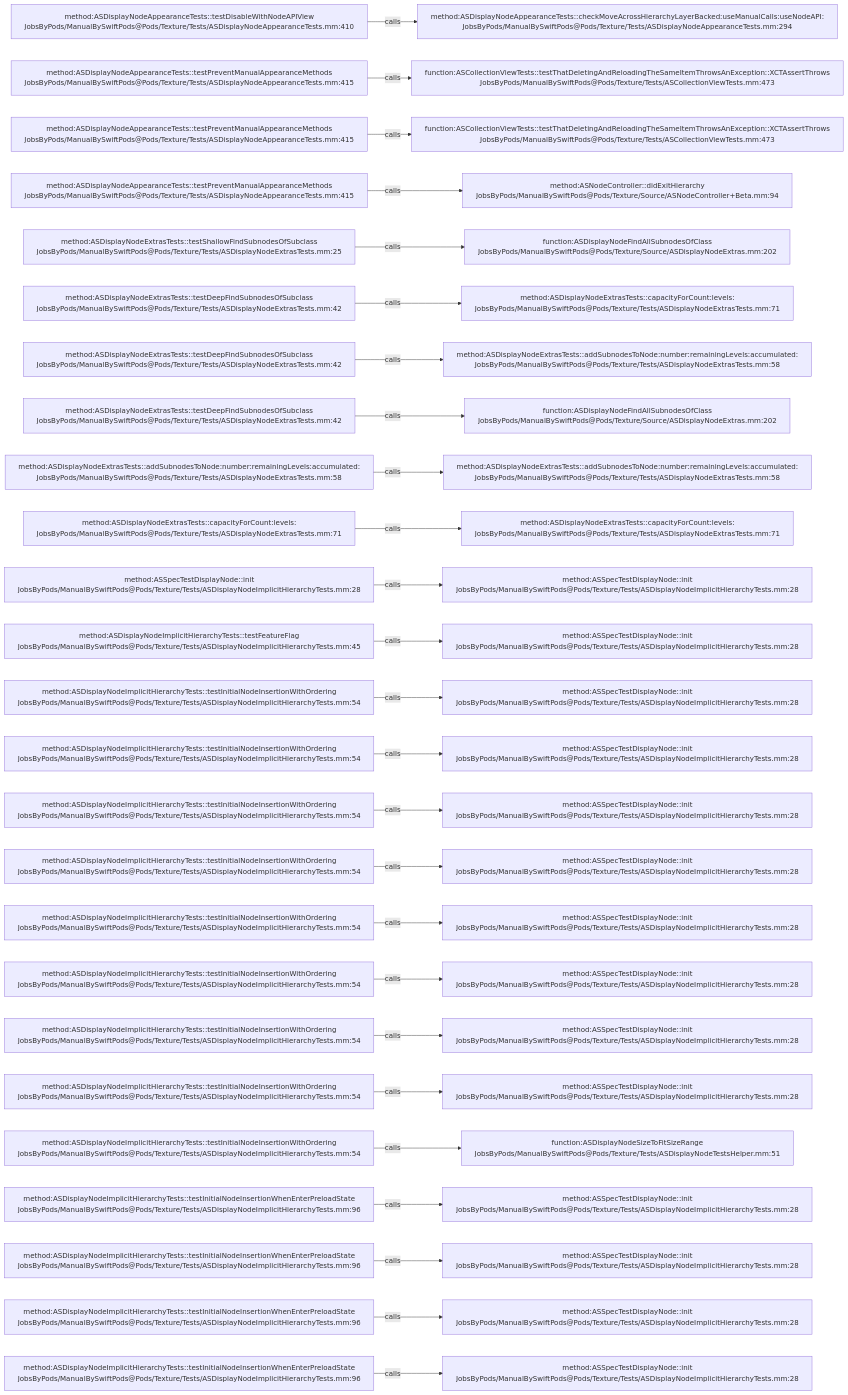
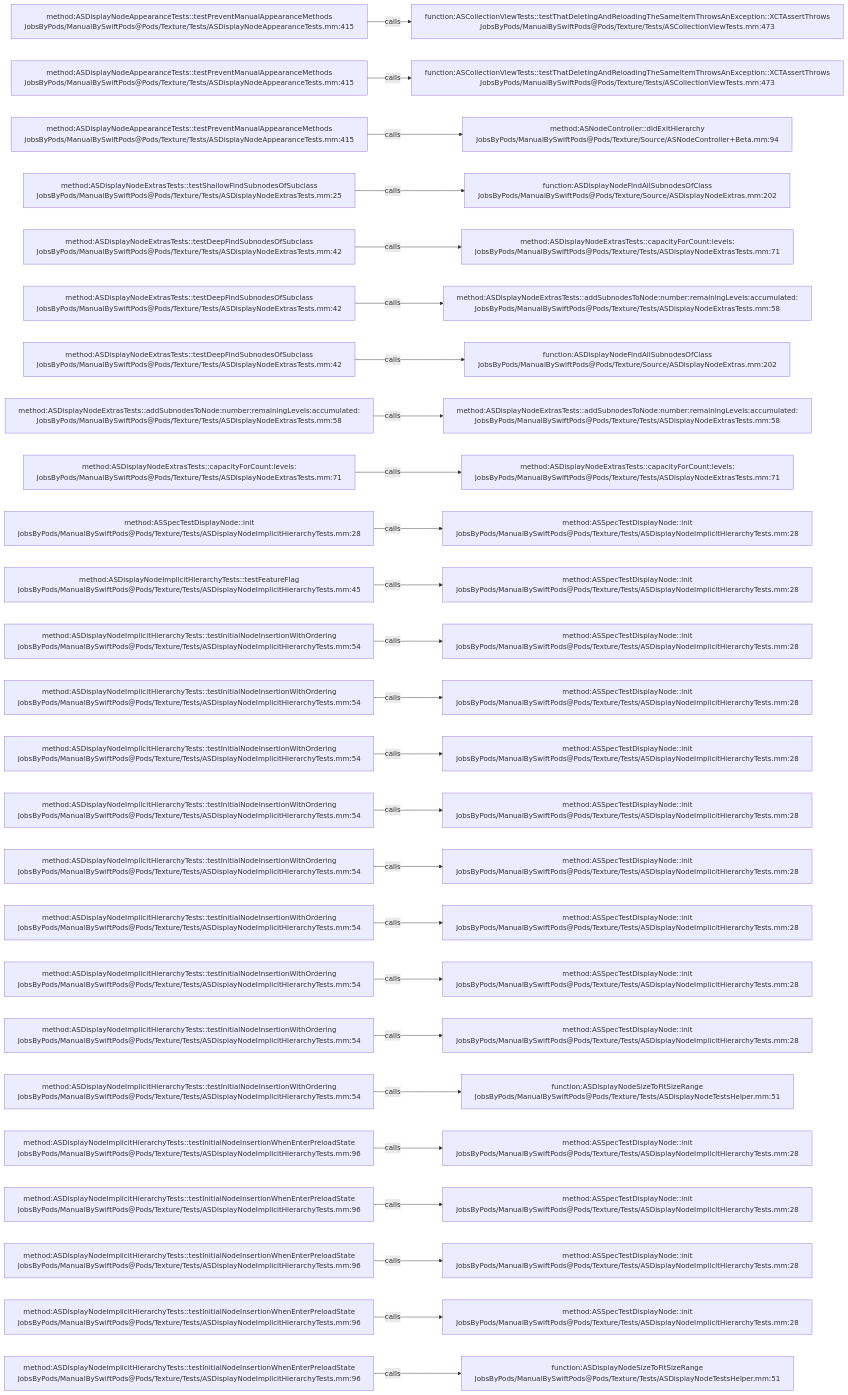
One commit to JobsKits/JobsSwiftBaseConfigDemo changed the diagram in .codegraph/codegraph.md/graphs/calls-183.md. Above: the diagram before and after it, drawn with Mermaid. The commit also changed 747 other files, not shown here.

````diff
--- a/.codegraph/codegraph.md/graphs/calls-183.md
+++ b/.codegraph/codegraph.md/graphs/calls-183.md
@@ -13,78 +13,78 @@
 ```mermaid
 flowchart LR
-  S1["method:ASDisplayNodeAppearanceTests::testDisableWithNodeAPIView<br/>JobsByPods/ManualBySwiftPods@Pods/Texture/Tests/ASDisplayNodeAppearanceTests.mm:410"]
-  T1["method:ASDisplayNodeAppearanceTests::checkMoveAcrossHierarchyLayerBacked:useManualCalls:useNodeAPI:<br/>JobsByPods/ManualBySwiftPods@Pods/Texture/Tests/ASDisplayNodeAppearanceTests.mm:294"]
+  S1["method:ASDisplayNodeAppearanceTests::testPreventManualAppearanceMethods<br/>JobsByPods/ManualBySwiftPods@Pods/Texture/Tests/ASDisplayNodeAppearanceTests.mm:415"]
+  T1["function:ASCollectionViewTests::testThatDeletingAndReloadingTheSameItemThrowsAnException::XCTAssertThrows<br/>JobsByPods/ManualBySwiftPods@Pods/Texture/Tests/ASCollectionViewTests.mm:473"]
   S1 -->|calls| T1
   S2["method:ASDisplayNodeAppearanceTests::testPreventManualAppearanceMethods<br/>JobsByPods/ManualBySwiftPods@Pods/Texture/Tests/ASDisplayNodeAppearanceTests.mm:415"]
   T2["function:ASCollectionViewTests::testThatDeletingAndReloadingTheSameItemThrowsAnException::XCTAssertThrows<br/>JobsByPods/ManualBySwiftPods@Pods/Texture/Tests/ASCollectionViewTests.mm:473"]
   S2 -->|calls| T2
   S3["method:ASDisplayNodeAppearanceTests::testPreventManualAppearanceMethods<br/>JobsByPods/ManualBySwiftPods@Pods/Texture/Tests/ASDisplayNodeAppearanceTests.mm:415"]
-  T3["function:ASCollectionViewTests::testThatDeletingAndReloadingTheSameItemThrowsAnException::XCTAssertThrows<br/>JobsByPods/ManualBySwiftPods@Pods/Texture/Tests/ASCollectionViewTests.mm:473"]
+  T3["method:ASNodeController::didExitHierarchy<br/>JobsByPods/ManualBySwiftPods@Pods/Texture/Source/ASNodeController+Beta.mm:94"]
   S3 -->|calls| T3
-  S4["method:ASDisplayNodeAppearanceTests::testPreventManualAppearanceMethods<br/>JobsByPods/ManualBySwiftPods@Pods/Texture/Tests/ASDisplayNodeAppearanceTests.mm:415"]
-  T4["method:ASNodeController::didExitHierarchy<br/>JobsByPods/ManualBySwiftPods@Pods/Texture/Source/ASNodeController+Beta.mm:94"]
+  S4["method:ASDisplayNodeExtrasTests::testShallowFindSubnodesOfSubclass<br/>JobsByPods/ManualBySwiftPods@Pods/Texture/Tests/ASDisplayNodeExtrasTests.mm:25"]
+  T4["function:ASDisplayNodeFindAllSubnodesOfClass<br/>JobsByPods/ManualBySwiftPods@Pods/Texture/Source/ASDisplayNodeExtras.mm:202"]
   S4 -->|calls| T4
-  S5["method:ASDisplayNodeExtrasTests::testShallowFindSubnodesOfSubclass<br/>JobsByPods/ManualBySwiftPods@Pods/Texture/Tests/ASDisplayNodeExtrasTests.mm:25"]
-  T5["function:ASDisplayNodeFindAllSubnodesOfClass<br/>JobsByPods/ManualBySwiftPods@Pods/Texture/Source/ASDisplayNodeExtras.mm:202"]
+  S5["method:ASDisplayNodeExtrasTests::testDeepFindSubnodesOfSubclass<br/>JobsByPods/ManualBySwiftPods@Pods/Texture/Tests/ASDisplayNodeExtrasTests.mm:42"]
+  T5["method:ASDisplayNodeExtrasTests::capacityForCount:levels:<br/>JobsByPods/ManualBySwiftPods@Pods/Texture/Tests/ASDisplayNodeExtrasTests.mm:71"]
   S5 -->|calls| T5
   S6["method:ASDisplayNodeExtrasTests::testDeepFindSubnodesOfSubclass<br/>JobsByPods/ManualBySwiftPods@Pods/Texture/Tests/ASDisplayNodeExtrasTests.mm:42"]
-  T6["method:ASDisplayNodeExtrasTests::capacityForCount:levels:<br/>JobsByPods/ManualBySwiftPods@Pods/Texture/Tests/ASDisplayNodeExtrasTests.mm:71"]
+  T6["method:ASDisplayNodeExtrasTests::addSubnodesToNode:number:remainingLevels:accumulated:<br/>JobsByPods/ManualBySwiftPods@Pods/Texture/Tests/ASDisplayNodeExtrasTests.mm:58"]
   S6 -->|calls| T6
   S7["method:ASDisplayNodeExtrasTests::testDeepFindSubnodesOfSubclass<br/>JobsByPods/ManualBySwiftPods@Pods/Texture/Tests/ASDisplayNodeExtrasTests.mm:42"]
-  T7["method:ASDisplayNodeExtrasTests::addSubnodesToNode:number:remainingLevels:accumulated:<br/>JobsByPods/ManualBySwiftPods@Pods/Texture/Tests/ASDisplayNodeExtrasTests.mm:58"]
+  T7["function:ASDisplayNodeFindAllSubnodesOfClass<br/>JobsByPods/ManualBySwiftPods@Pods/Texture/Source/ASDisplayNodeExtras.mm:202"]
   S7 -->|calls| T7
-  S8["method:ASDisplayNodeExtrasTests::testDeepFindSubnodesOfSubclass<br/>JobsByPods/ManualBySwiftPods@Pods/Texture/Tests/ASDisplayNodeExtrasTests.mm:42"]
-  T8["function:ASDisplayNodeFindAllSubnodesOfClass<br/>JobsByPods/ManualBySwiftPods@Pods/Texture/Source/ASDisplayNodeExtras.mm:202"]
+  S8["method:ASDisplayNodeExtrasTests::addSubnodesToNode:number:remainingLevels:accumulated:<br/>JobsByPods/ManualBySwiftPods@Pods/Texture/Tests/ASDisplayNodeExtrasTests.mm:58"]
+  T8["method:ASDisplayNodeExtrasTests::addSubnodesToNode:number:remainingLevels:accumulated:<br/>JobsByPods/ManualBySwiftPods@Pods/Texture/Tests/ASDisplayNodeExtrasTests.mm:58"]
   S8 -->|calls| T8
-  S9["method:ASDisplayNodeExtrasTests::addSubnodesToNode:number:remainingLevels:accumulated:<br/>JobsByPods/ManualBySwiftPods@Pods/Texture/Tests/ASDisplayNodeExtrasTests.mm:58"]
-  T9["method:ASDisplayNodeExtrasTests::addSubnodesToNode:number:remainingLevels:accumulated:<br/>JobsByPods/ManualBySwiftPods@Pods/Texture/Tests/ASDisplayNodeExtrasTests.mm:58"]
+  S9["method:ASDisplayNodeExtrasTests::capacityForCount:levels:<br/>JobsByPods/ManualBySwiftPods@Pods/Texture/Tests/ASDisplayNodeExtrasTests.mm:71"]
+  T9["method:ASDisplayNodeExtrasTests::capacityForCount:levels:<br/>JobsByPods/ManualBySwiftPods@Pods/Texture/Tests/ASDisplayNodeExtrasTests.mm:71"]
   S9 -->|calls| T9
-  S10["method:ASDisplayNodeExtrasTests::capacityForCount:levels:<br/>JobsByPods/ManualBySwiftPods@Pods/Texture/Tests/ASDisplayNodeExtrasTests.mm:71"]
-  T10["method:ASDisplayNodeExtrasTests::capacityForCount:levels:<br/>JobsByPods/ManualBySwiftPods@Pods/Texture/Tests/ASDisplayNodeExtrasTests.mm:71"]
+  S10["method:ASSpecTestDisplayNode::init<br/>JobsByPods/ManualBySwiftPods@Pods/Texture/Tests/ASDisplayNodeImplicitHierarchyTests.mm:28"]
+  T10["method:ASSpecTestDisplayNode::init<br/>JobsByPods/ManualBySwiftPods@Pods/Texture/Tests/ASDisplayNodeImplicitHierarchyTests.mm:28"]
   S10 -->|calls| T10
-  S11["method:ASSpecTestDisplayNode::init<br/>JobsByPods/ManualBySwiftPods@Pods/Texture/Tests/ASDisplayNodeImplicitHierarchyTests.mm:28"]
+  S11["method:ASDisplayNodeImplicitHierarchyTests::testFeatureFlag<br/>JobsByPods/ManualBySwiftPods@Pods/Texture/Tests/ASDisplayNodeImplicitHierarchyTests.mm:45"]
   T11["method:ASSpecTestDisplayNode::init<br/>JobsByPods/ManualBySwiftPods@Pods/Texture/Tests/ASDisplayNodeImplicitHierarchyTests.mm:28"]
   S11 -->|calls| T11
-  S12["method:ASDisplayNodeImplicitHierarchyTests::testFeatureFlag<br/>JobsByPods/ManualBySwiftPods@Pods/Texture/Tests/ASDisplayNodeImplicitHierarchyTests.mm:45"]
+  S12["method:ASDisplayNodeImplicitHierarchyTests::testInitialNodeInsertionWithOrdering<br/>JobsByPods/ManualBySwiftPods@Pods/Texture/Tests/ASDisplayNodeImplicitHierarchyTests.mm:54"]
   T12["method:ASSpecTestDisplayNode::init<br/>JobsByPods/ManualBySwiftPods@Pods/Texture/Tests/ASDisplayNodeImplicitHierarchyTests.mm:28"]
   S12 -->|calls| T12
   S13["method:ASDisplayNodeImplicitHierarchyTests::testInitialNodeInsertionWithOrdering<br/>JobsByPods/ManualBySwiftPods@Pods/Texture/Tests/ASDisplayNodeImplicitHierarchyTests.mm:54"]
   T13["method:ASSpecTestDisplayNode::init<br/>JobsByPods/ManualBySwiftPods@Pods/Texture/Tests/ASDisplayNodeImplicitHierarchyTests.mm:28"]
   S13 -->|calls| T13
   S14["method:ASDisplayNodeImplicitHierarchyTests::testInitialNodeInsertionWithOrdering<br/>JobsByPods/ManualBySwiftPods@Pods/Texture/Tests/ASDisplayNodeImplicitHierarchyTests.mm:54"]
   T14["method:ASSpecTestDisplayNode::init<br/>JobsByPods/ManualBySwiftPods@Pods/Texture/Tests/ASDisplayNodeImplicitHierarchyTests.mm:28"]
   S14 -->|calls| T14
   S15["method:ASDisplayNodeImplicitHierarchyTests::testInitialNodeInsertionWithOrdering<br/>JobsByPods/ManualBySwiftPods@Pods/Texture/Tests/ASDisplayNodeImplicitHierarchyTests.mm:54"]
   T15["method:ASSpecTestDisplayNode::init<br/>JobsByPods/ManualBySwiftPods@Pods/Texture/Tests/ASDisplayNodeImplicitHierarchyTests.mm:28"]
   S15 -->|calls| T15
   S16["method:ASDisplayNodeImplicitHierarchyTests::testInitialNodeInsertionWithOrdering<br/>JobsByPods/ManualBySwiftPods@Pods/Texture/Tests/ASDisplayNodeImplicitHierarchyTests.mm:54"]
   T16["method:ASSpecTestDisplayNode::init<br/>JobsByPods/ManualBySwiftPods@Pods/Texture/Tests/ASDisplayNodeImplicitHierarchyTests.mm:28"]
   S16 -->|calls| T16
   S17["method:ASDisplayNodeImplicitHierarchyTests::testInitialNodeInsertionWithOrdering<br/>JobsByPods/ManualBySwiftPods@Pods/Texture/Tests/ASDisplayNodeImplicitHierarchyTests.mm:54"]
   T17["method:ASSpecTestDisplayNode::init<br/>JobsByPods/ManualBySwiftPods@Pods/Texture/Tests/ASDisplayNodeImplicitHierarchyTests.mm:28"]
   S17 -->|calls| T17
   S18["method:ASDisplayNodeImplicitHierarchyTests::testInitialNodeInsertionWithOrdering<br/>JobsByPods/ManualBySwiftPods@Pods/Texture/Tests/ASDisplayNodeImplicitHierarchyTests.mm:54"]
   T18["method:ASSpecTestDisplayNode::init<br/>JobsByPods/ManualBySwiftPods@Pods/Texture/Tests/ASDisplayNodeImplicitHierarchyTests.mm:28"]
   S18 -->|calls| T18
   S19["method:ASDisplayNodeImplicitHierarchyTests::testInitialNodeInsertionWithOrdering<br/>JobsByPods/ManualBySwiftPods@Pods/Texture/Tests/ASDisplayNodeImplicitHierarchyTests.mm:54"]
   T19["method:ASSpecTestDisplayNode::init<br/>JobsByPods/ManualBySwiftPods@Pods/Texture/Tests/ASDisplayNodeImplicitHierarchyTests.mm:28"]
   S19 -->|calls| T19
   S20["method:ASDisplayNodeImplicitHierarchyTests::testInitialNodeInsertionWithOrdering<br/>JobsByPods/ManualBySwiftPods@Pods/Texture/Tests/ASDisplayNodeImplicitHierarchyTests.mm:54"]
-  T20["method:ASSpecTestDisplayNode::init<br/>JobsByPods/ManualBySwiftPods@Pods/Texture/Tests/ASDisplayNodeImplicitHierarchyTests.mm:28"]
+  T20["function:ASDisplayNodeSizeToFitSizeRange<br/>JobsByPods/ManualBySwiftPods@Pods/Texture/Tests/ASDisplayNodeTestsHelper.mm:51"]
   S20 -->|calls| T20
-  S21["method:ASDisplayNodeImplicitHierarchyTests::testInitialNodeInsertionWithOrdering<br/>JobsByPods/ManualBySwiftPods@Pods/Texture/Tests/ASDisplayNodeImplicitHierarchyTests.mm:54"]
-  T21["function:ASDisplayNodeSizeToFitSizeRange<br/>JobsByPods/ManualBySwiftPods@Pods/Texture/Tests/ASDisplayNodeTestsHelper.mm:51"]
+  S21["method:ASDisplayNodeImplicitHierarchyTests::testInitialNodeInsertionWhenEnterPreloadState<br/>JobsByPods/ManualBySwiftPods@Pods/Texture/Tests/ASDisplayNodeImplicitHierarchyTests.mm:96"]
+  T21["method:ASSpecTestDisplayNode::init<br/>JobsByPods/ManualBySwiftPods@Pods/Texture/Tests/ASDisplayNodeImplicitHierarchyTests.mm:28"]
   S21 -->|calls| T21
   S22["method:ASDisplayNodeImplicitHierarchyTests::testInitialNodeInsertionWhenEnterPreloadState<br/>JobsByPods/ManualBySwiftPods@Pods/Texture/Tests/ASDisplayNodeImplicitHierarchyTests.mm:96"]
   T22["method:ASSpecTestDisplayNode::init<br/>JobsByPods/ManualBySwiftPods@Pods/Texture/Tests/ASDisplayNodeImplicitHierarchyTests.mm:28"]
   S22 -->|calls| T22
   S23["method:ASDisplayNodeImplicitHierarchyTests::testInitialNodeInsertionWhenEnterPreloadState<br/>JobsByPods/ManualBySwiftPods@Pods/Texture/Tests/ASDisplayNodeImplicitHierarchyTests.mm:96"]
   T23["method:ASSpecTestDisplayNode::init<br/>JobsByPods/ManualBySwiftPods@Pods/Texture/Tests/ASDisplayNodeImplicitHierarchyTests.mm:28"]
   S23 -->|calls| T23
   S24["method:ASDisplayNodeImplicitHierarchyTests::testInitialNodeInsertionWhenEnterPreloadState<br/>JobsByPods/ManualBySwiftPods@Pods/Texture/Tests/ASDisplayNodeImplicitHierarchyTests.mm:96"]
   T24["method:ASSpecTestDisplayNode::init<br/>JobsByPods/ManualBySwiftPods@Pods/Texture/Tests/ASDisplayNodeImplicitHierarchyTests.mm:28"]
   S24 -->|calls| T24
   S25["method:ASDisplayNodeImplicitHierarchyTests::testInitialNodeInsertionWhenEnterPreloadState<br/>JobsByPods/ManualBySwiftPods@Pods/Texture/Tests/ASDisplayNodeImplicitHierarchyTests.mm:96"]
-  T25["method:ASSpecTestDisplayNode::init<br/>JobsByPods/ManualBySwiftPods@Pods/Texture/Tests/ASDisplayNodeImplicitHierarchyTests.mm:28"]
+  T25["function:ASDisplayNodeSizeToFitSizeRange<br/>JobsByPods/ManualBySwiftPods@Pods/Texture/Tests/ASDisplayNodeTestsHelper.mm:51"]
   S25 -->|calls| T25
 ```
````
